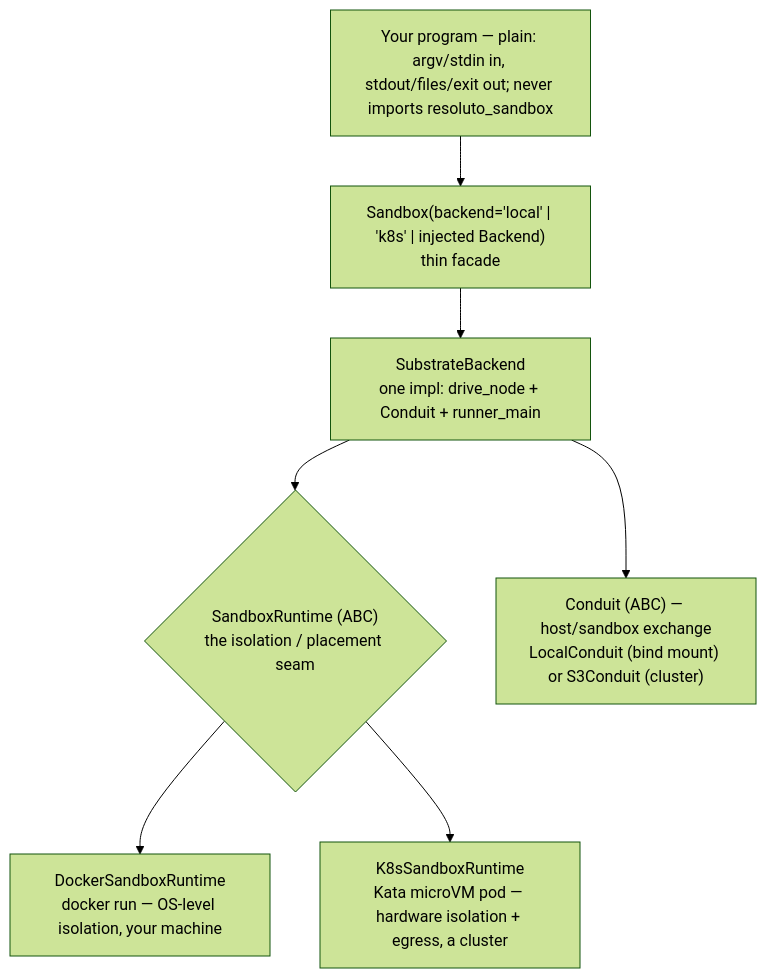
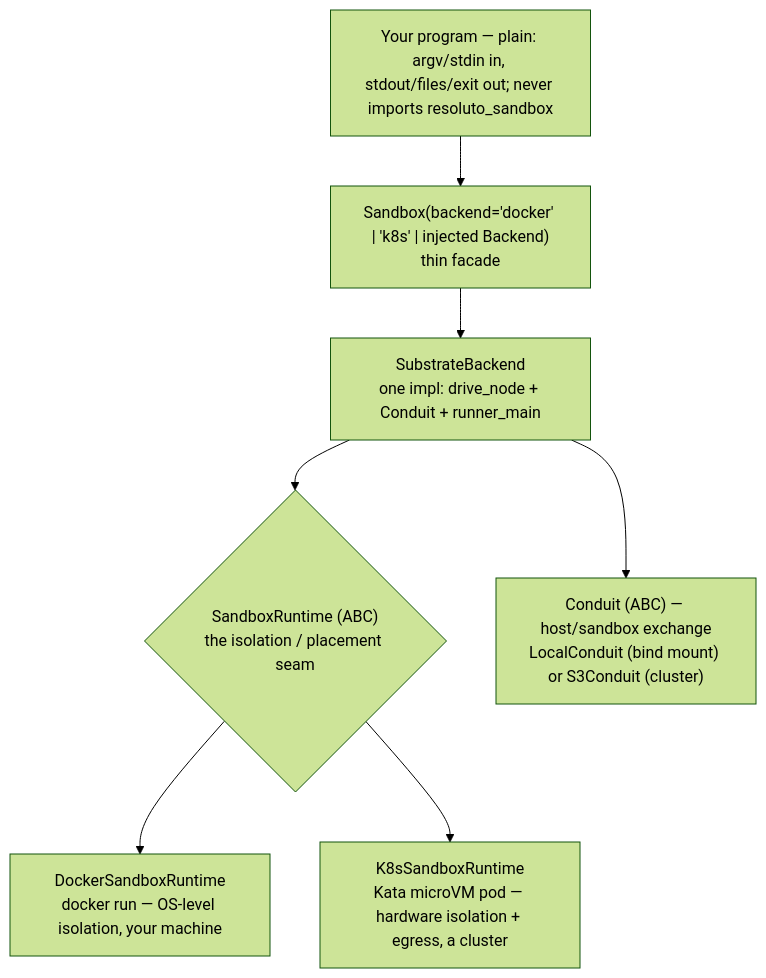
The first of 2 diagrams in README.md (DeepBlueCoding/resoluto-sandbox), drawn with Mermaid (forest theme) before and after one commit. The commit also changed other lines of this file and 24 other files, not shown here.

Commit message:
refactor(api): rename backend selector 'local' -> 'docker'; fix stale auth.md (container, not host subprocess)

````diff
--- a/README.md
+++ b/README.md
@@ -73,15 +73,15 @@
 ```mermaid
 flowchart TD
     P["Your program — plain: argv/stdin in, stdout/files/exit out; never imports resoluto_sandbox"]
-    S["Sandbox(backend='local' | 'k8s' | injected Backend)<br/>thin facade"]
+    S["Sandbox(backend='docker' | 'k8s' | injected Backend)<br/>thin facade"]
     SB["SubstrateBackend<br/>one impl: drive_node + Conduit + runner_main"]
     RT{"SandboxRuntime (ABC)<br/>the isolation / placement seam"}
     D["DockerSandboxRuntime<br/>docker run — OS-level isolation, your machine"]
     K["K8sSandboxRuntime<br/>Kata microVM pod — hardware isolation + egress, a cluster"]
     CD["Conduit (ABC) — host/sandbox exchange<br/>LocalConduit (bind mount) or S3Conduit (cluster)"]
     P --> S --> SB
     SB --> RT
     RT --> D
     RT --> K
     SB --> CD
 ```
````
